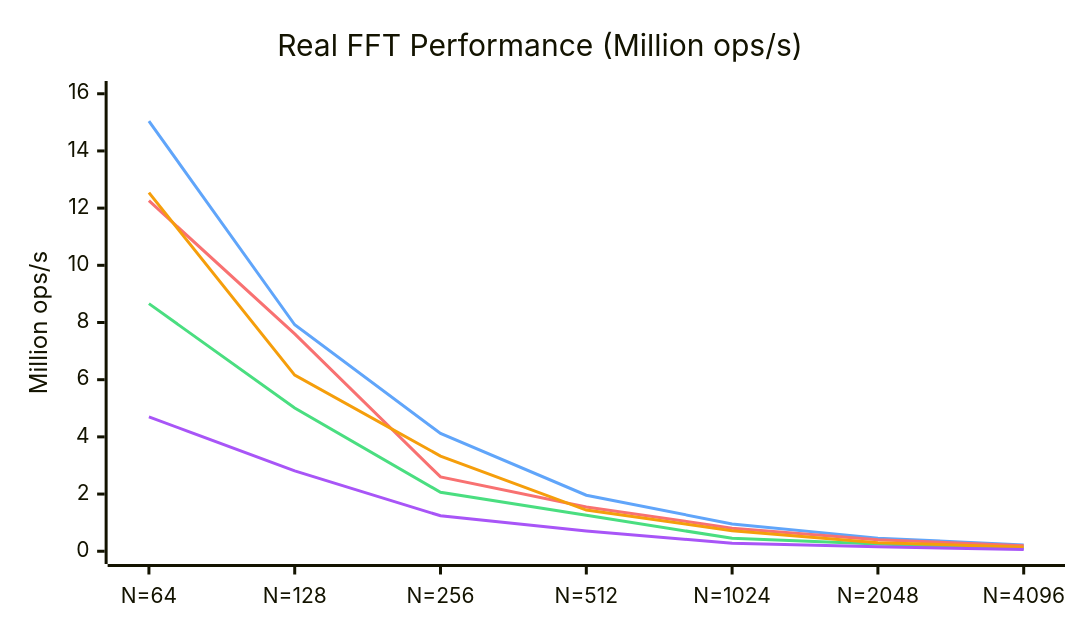
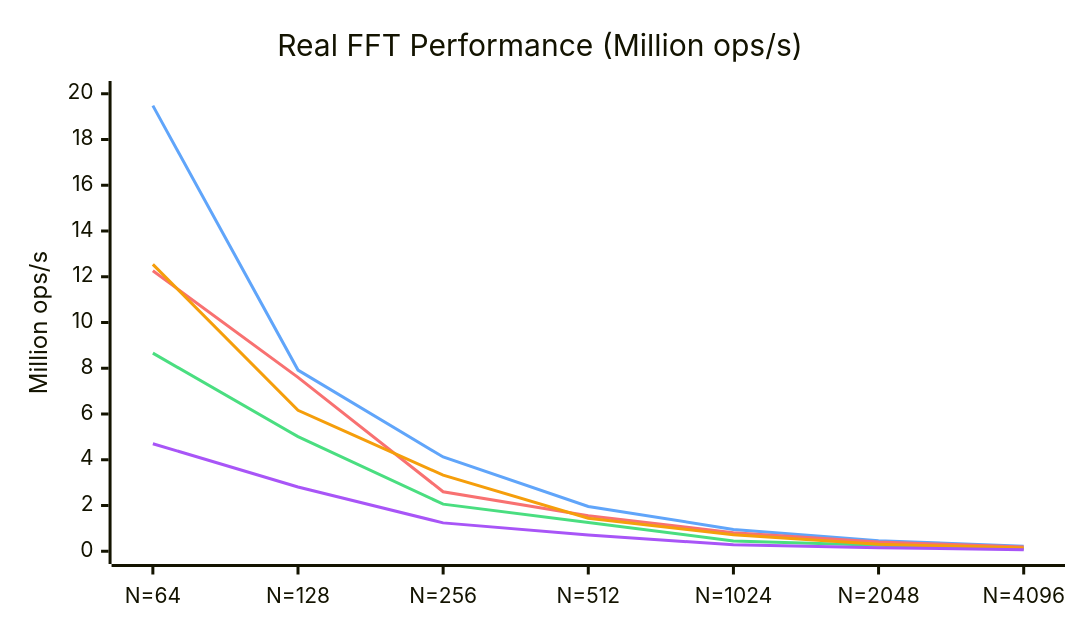
One commit to EmNudge/wat-fft changed the second of 2 diagrams in README.md. Above: the diagram before and after it, drawn with Mermaid. The commit also changed other lines of this file and 5 other files, not shown here.

````diff
--- a/README.md
+++ b/README.md
@@ -63,20 +63,20 @@
 ```mermaid
 ---
 config:
     xyChart:
         width: 700
         height: 400
     themeVariables:
         xyChart:
             plotColorPalette: "#4ade80, #60a5fa, #f87171, #f59e0b, #a855f7"
 ---
 xychart-beta
     title "Real FFT Performance (Million ops/s)"
     x-axis [N=64, N=128, N=256, N=512, N=1024, N=2048, N=4096]
-    y-axis "Million ops/s" 0 --> 16
+    y-axis "Million ops/s" 0 --> 20
     line [8.66, 5.01, 2.06, 1.26, 0.451, 0.257, 0.095]
-    line [15.04, 7.92, 4.12, 1.96, 0.955, 0.459, 0.220]
+    line [19.48, 7.92, 4.12, 1.96, 0.955, 0.459, 0.220]
     line [12.26, 7.60, 2.60, 1.55, 0.807, 0.403, 0.190]
     line [12.54, 6.16, 3.33, 1.44, 0.717, 0.301, 0.143]
     line [4.70, 2.81, 1.24, 0.707, 0.283, 0.156, 0.064]
 ```
````
